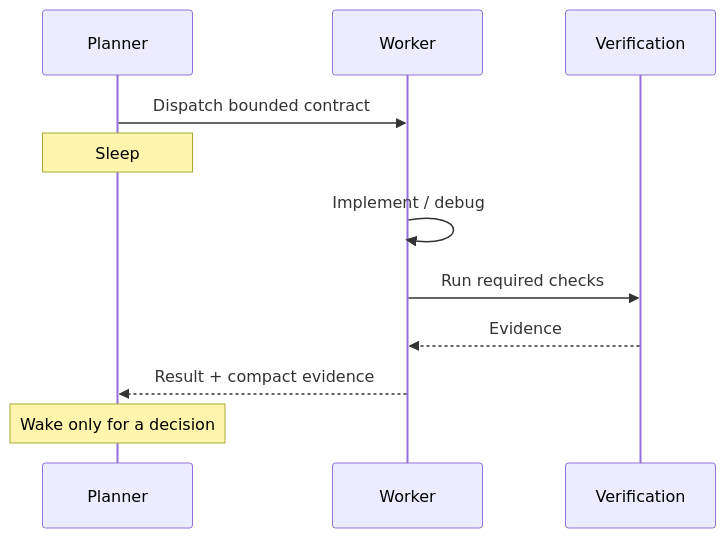
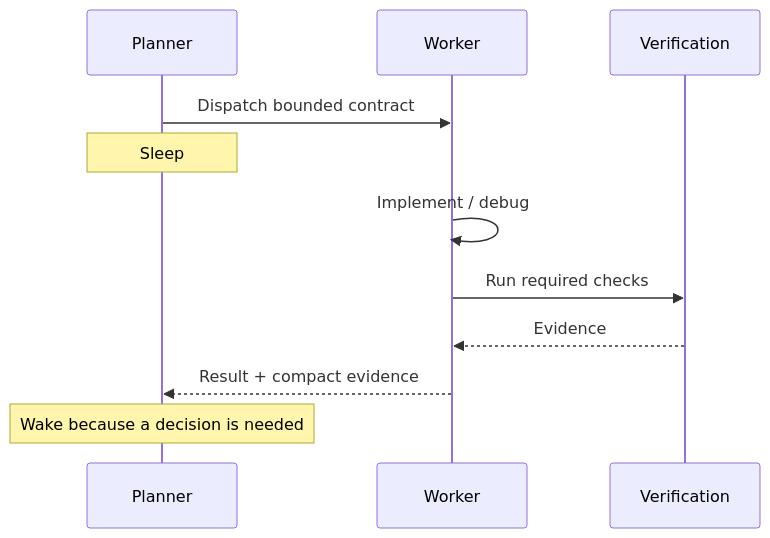
One commit to Strataward/durable-threads changed the second of 2 diagrams in plugins/durable-threads/skills/durable-threads/references/ARCHITECTURE.md. Above: the diagram before and after it, drawn with Mermaid. The commit also changed other lines of this file and 13 other files, not shown here.

````diff
--- a/plugins/durable-threads/skills/durable-threads/references/ARCHITECTURE.md
+++ b/plugins/durable-threads/skills/durable-threads/references/ARCHITECTURE.md
@@ -62,14 +64,14 @@
 ```mermaid
 sequenceDiagram
     participant P as Planner
     participant W as Worker
     participant V as Verification
 
     P->>W: Dispatch bounded contract
     Note over P: Sleep
     W->>W: Implement / debug
     W->>V: Run required checks
     V-->>W: Evidence
     W-->>P: Result + compact evidence
-    Note over P: Wake only for a decision
+    Note over P: Wake because a decision is needed
 ```
````
